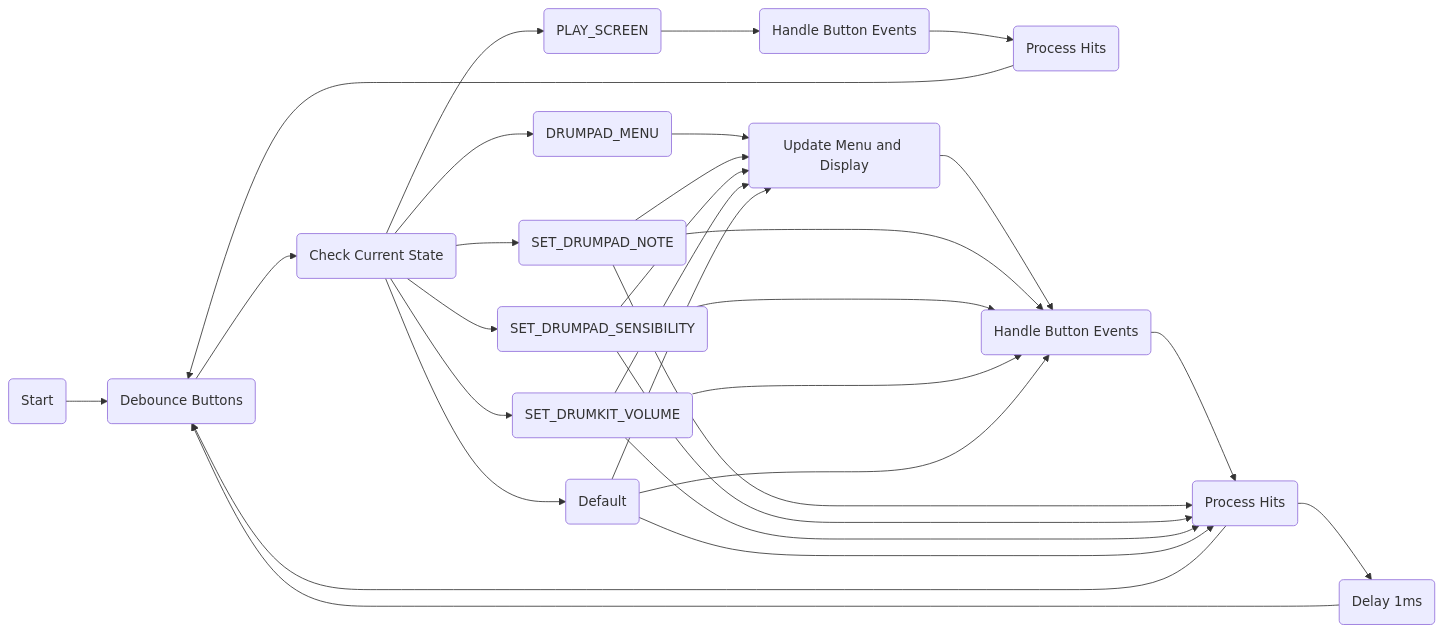
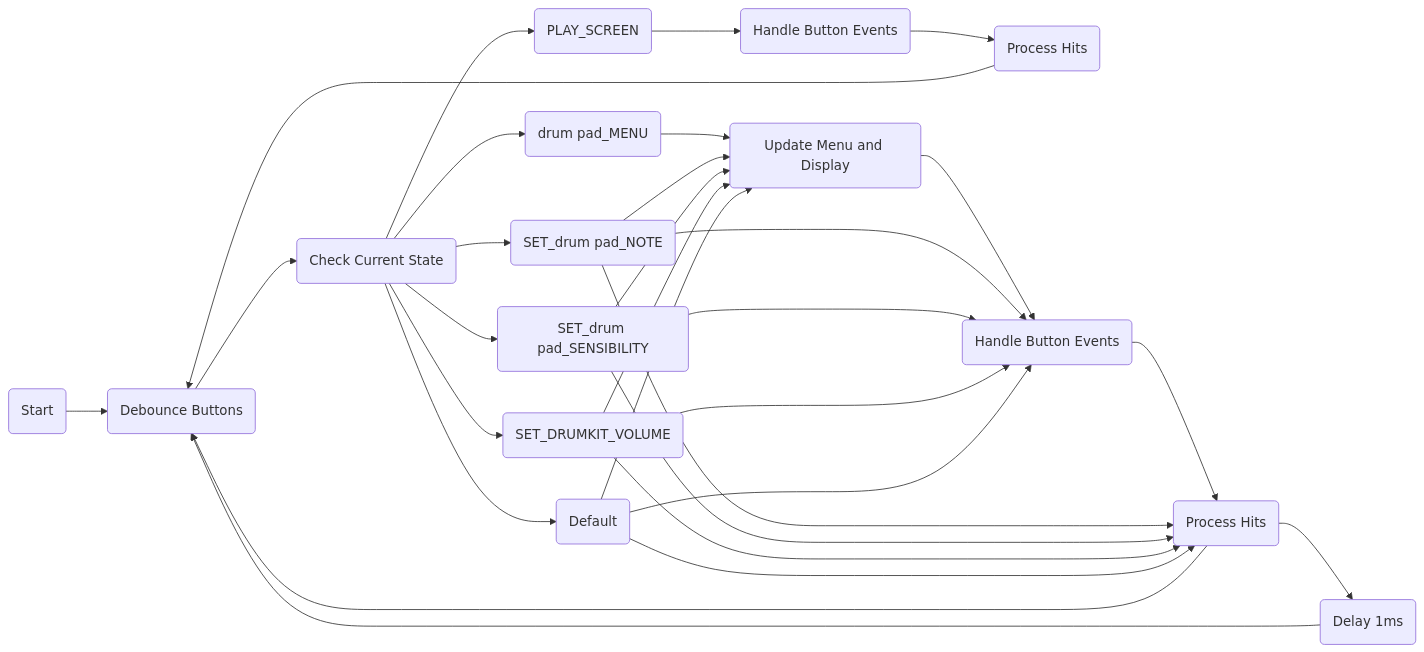
One commit to ianlesni/TPn1 changed the first of 6 diagrams in Memoria del Trabajo Final .md. Above: the diagram before and after it, drawn with Mermaid. The commit also changed other lines of this file, not shown here.

````diff
--- a/Memoria del Trabajo Final .md
+++ b/Memoria del Trabajo Final .md
@@ -284,32 +284,32 @@
 ```mermaid
 flowchart LR
     A(Start) --> B(Debounce Buttons)
     B --> C(Check Current State)
     C --> D(PLAY_SCREEN)
     D --> E(Handle Button Events)
     E --> F(Process Hits)
     F --> B
-    C --> G(DRUMPAD_MENU)
+    C --> G(drum pad_MENU)
     G --> H(Update Menu and Display)
     H --> I(Handle Button Events)
     I --> J(Process Hits)
     J --> B
-    C --> K(SET_DRUMPAD_NOTE)
+    C --> K(SET_drum pad_NOTE)
     K --> H
     K --> I
     K --> J
-    C --> L(SET_DRUMPAD_SENSIBILITY)
+    C --> L(SET_drum pad_SENSIBILITY)
     L --> H
     L --> I
     L --> J
     C --> M(SET_DRUMKIT_VOLUME)
     M --> H
     M --> I
     M --> J
     C --> N(Default)
     N --> H
     N --> I
     N --> J
     J --> O(Delay 1ms)
     O --> B
 ```
````
